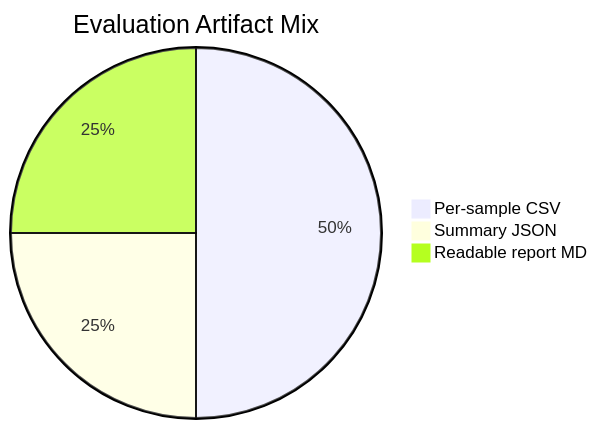
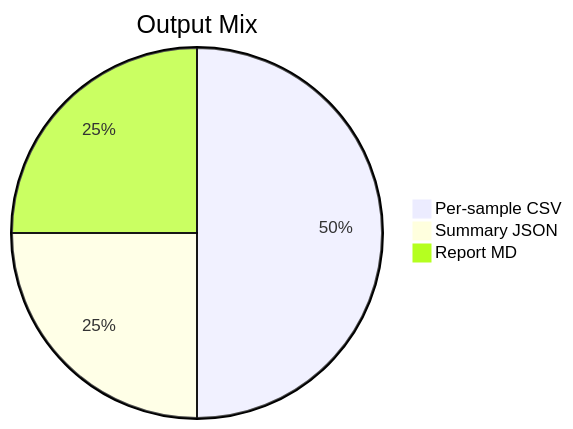
Before and after one commit to tanaymitra54/samsung_backup: diagram 12 of 15 in README.md, drawn with Mermaid. The commit also changed other lines of this file, not shown here.

Commit message:
Simplify README Mermaid diagrams: shorter labels, cleaner visuals, less text

````diff
--- a/README.md
+++ b/README.md
@@ -458,6 +410,6 @@
 ```mermaid
-pie title Evaluation Artifact Mix
+pie title Output Mix
     "Per-sample CSV" : 50
     "Summary JSON" : 25
-    "Readable report MD" : 25
+    "Report MD" : 25
 ```
````
